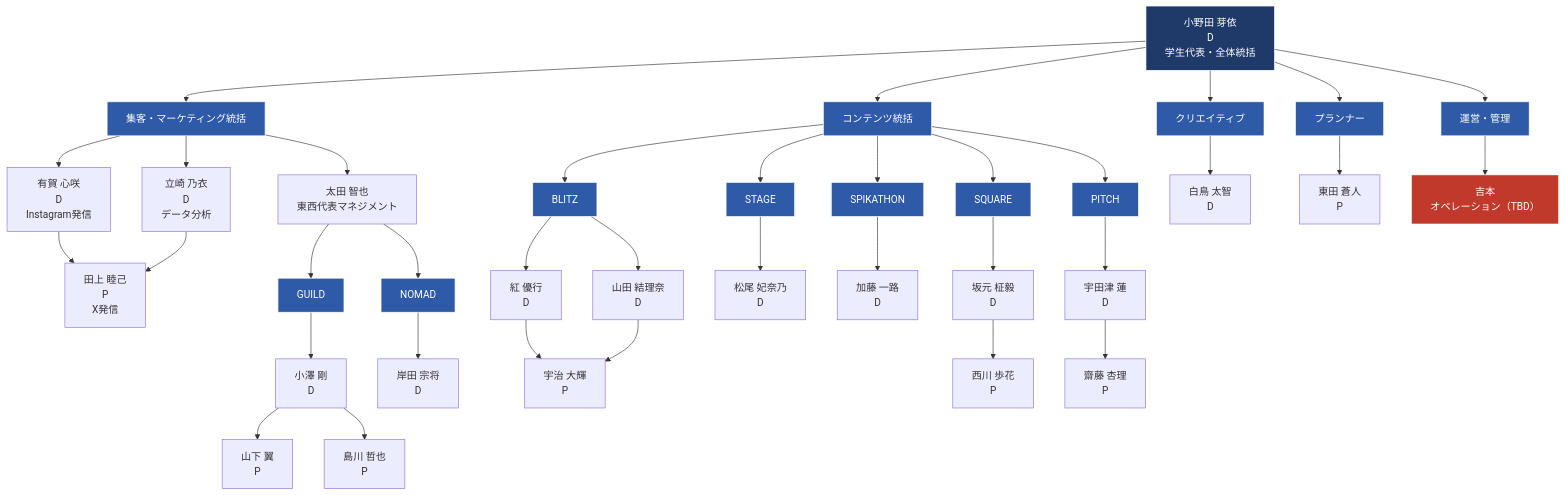
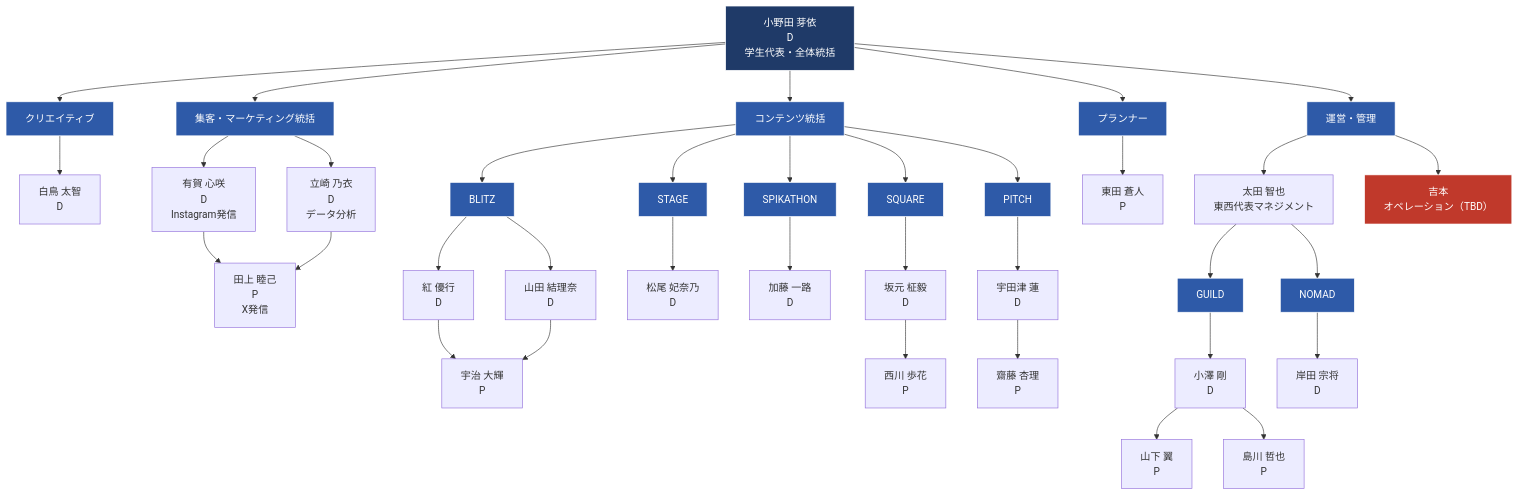
Before and after one commit to liofval/spikes_hr: the first of 2 diagrams in spikes-org-chart.md, drawn with Mermaid. The commit also changed 1 other file, not shown here.

Commit message:
太田を運営・管理に移動し吉本と並列に
GUILD/NOMAD サブツリーは太田配下のまま運営・管理側へ移る。

````diff
--- a/spikes-org-chart.md
+++ b/spikes-org-chart.md
@@ -7,58 +7,58 @@
 ```mermaid
 graph TD
     Onoda["小野田 芽依<br/>D<br/>学生代表・全体統括"]
 
     Onoda --> CreativeHQ["クリエイティブ"]
     Onoda --> MktHQ["集客・マーケティング統括"]
     Onoda --> ContentHQ["コンテンツ統括"]
     Onoda --> PlannerHQ["プランナー"]
     Onoda --> OpsHQ["運営・管理"]
 
     %% 集客
     MktHQ --> Aruga["有賀 心咲<br/>D<br/>Instagram発信"]
     MktHQ --> Tatsuzaki["立崎 乃衣<br/>D<br/>データ分析"]
-    MktHQ --> Ota["太田 智也<br/>東西代表マネジメント"]
     Aruga --> Tagami["田上 睦己<br/>P<br/>X発信"]
     Tatsuzaki --> Tagami
     Ota --> GUILD["GUILD"]
     Ota --> NOMAD["NOMAD"]
     GUILD --> Ozawa["小澤 剛<br/>D"]
     Ozawa --> Yamashita["山下 翼<br/>P"]
     Ozawa --> Shimakawa["島川 哲也<br/>P"]
     NOMAD --> Kishida["岸田 宗将<br/>D"]
 
     %% コンテンツ
     ContentHQ --> BLITZ["BLITZ"]
     ContentHQ --> STAGE["STAGE"]
     ContentHQ --> SPIKATHON["SPIKATHON"]
     ContentHQ --> SQUARE["SQUARE"]
     ContentHQ --> PITCH["PITCH"]
     BLITZ --> Kurenai["紅 優行<br/>D"]
     BLITZ --> Yamada["山田 結理奈<br/>D"]
     Kurenai --> Uji["宇治 大輝<br/>P"]
     Yamada --> Uji
     STAGE --> Matsuo["松尾 妃奈乃<br/>D"]
     SPIKATHON --> Kato["加藤 一路<br/>D"]
     SQUARE --> Sakamoto["坂元 柾毅<br/>D"]
     Sakamoto --> Nishikawa["西川 歩花<br/>P"]
     PITCH --> Udatsu["宇田津 蓮<br/>D"]
     Udatsu --> Saito["齋藤 杏理<br/>P"]
 
     %% クリエイティブ
     CreativeHQ --> Shiratori["白鳥 太智<br/>D"]
 
     %% プランナー
     PlannerHQ --> Azumada["東田 蒼人<br/>P"]
 
     %% 運営・管理
+    OpsHQ --> Ota["太田 智也<br/>東西代表マネジメント"]
     OpsHQ --> Yoshimoto["吉本<br/>オペレーション（TBD）"]
 
     classDef head fill:#1f3a68,stroke:#fff,color:#fff;
     classDef group fill:#2e5aa8,stroke:#fff,color:#fff;
     classDef tbd fill:#c0392b,stroke:#fff,color:#fff;
     class Onoda head;
     class MktHQ,ContentHQ,CreativeHQ,OpsHQ,PlannerHQ group;
     class BLITZ,STAGE,SPIKATHON,SQUARE,PITCH group;
     class GUILD,NOMAD group;
     class Yoshimoto tbd;
 ```
````
